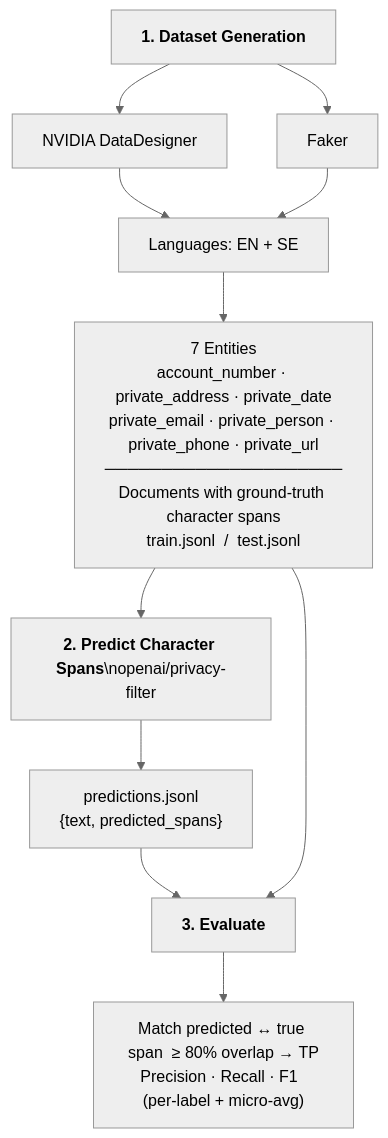
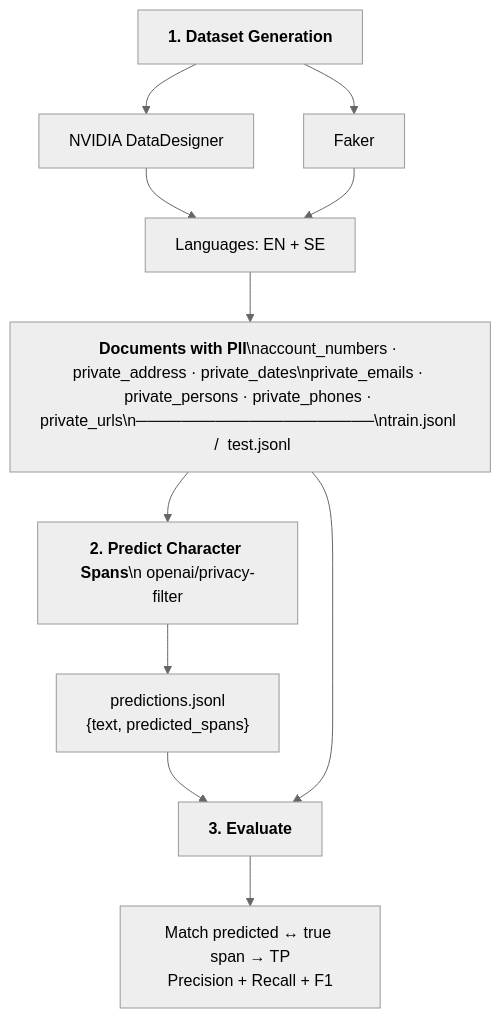
The diagram in diagram.md (Hjalmar-Ohman/explore-openai-pii), drawn with Mermaid (neutral theme) before and after one commit.

Commit message:
clerare diagram

````diff
--- a/diagram.md
+++ b/diagram.md
@@ -1,21 +1,21 @@
 ```mermaid
 flowchart TD
     GEN["`**1. Dataset Generation**`"]
 
     GEN --> NV["NVIDIA DataDesigner"]
     GEN --> FK["Faker"]
 
     NV --> LANG["Languages: EN + SE"]
     FK --> LANG
 
-    LANG --> DOCS["7 Entities\naccount_number · private_address · private_date\nprivate_email · private_person · private_phone · private_url\n─────────────────────\nDocuments with ground-truth character spans\ntrain.jsonl  /  test.jsonl"]
+    LANG --> DOCS["`**Documents with PII**\naccount_numbers · private_address · private_dates\nprivate_emails · private_persons · private_phones · private_urls\n─────────────────────\ntrain.jsonl  /  test.jsonl`"]
 
-    DOCS --> PRED["`**2. Predict Character Spans**\nopenai/privacy-filter`"]
+    DOCS --> PRED["`**2. Predict Character Spans**\n openai/privacy-filter`"]
 
     PRED --> POUT["predictions.jsonl\n{text, predicted_spans}"]
 
     POUT --> EVAL["`**3. Evaluate**`"]
     DOCS --> EVAL
 
-    EVAL --> METRICS["Match predicted ↔ true span  ≥ 80% overlap → TP\nPrecision · Recall · F1  (per-label + micro-avg)"]
+    EVAL --> METRICS["Match predicted ↔ true span → TP\nPrecision + Recall + F1"]
 ```
````
